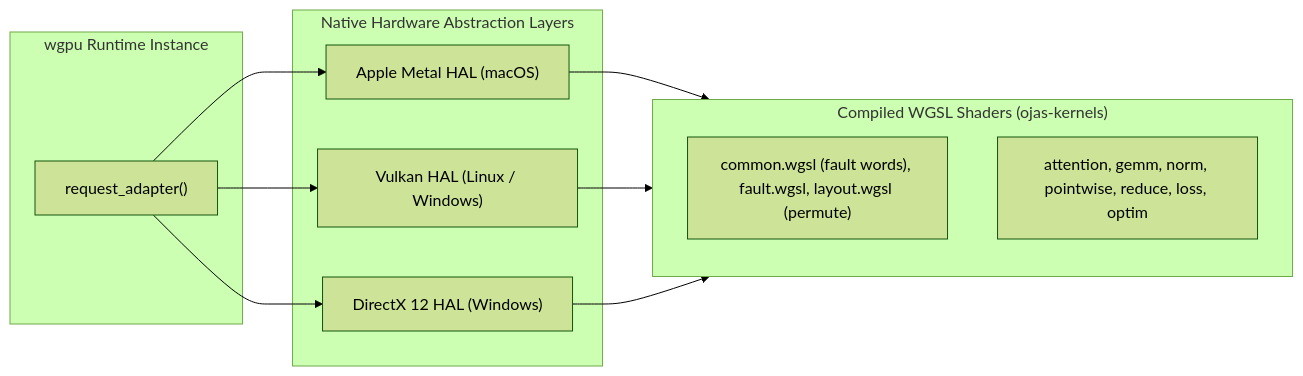
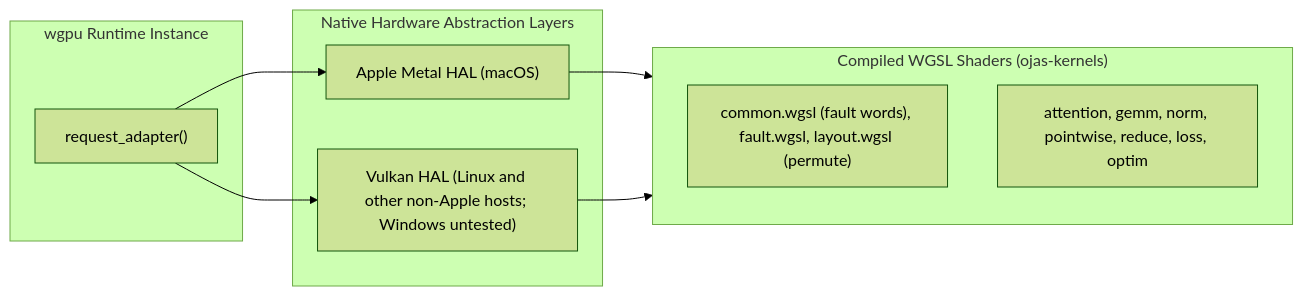
One commit to bharathvbcr/ojas changed the second of 2 diagrams in ojas-wgpu/README.md. Above: the diagram before and after it, drawn with Mermaid (forest theme). The commit also changed other lines of this file and 62 other files, not shown here.

````diff
--- a/ojas-wgpu/README.md
+++ b/ojas-wgpu/README.md
@@ -42,24 +42,21 @@
 ```mermaid
 flowchart LR
     subgraph WgpuInstance["wgpu Runtime Instance"]
         Adapter["request_adapter()"]
     end
 
     subgraph HAL["Native Hardware Abstraction Layers"]
         MetalHAL["Apple Metal HAL (macOS)"]
-        VulkanHAL["Vulkan HAL (Linux / Windows)"]
-        DX12HAL["DirectX 12 HAL (Windows)"]
+        VulkanHAL["Vulkan HAL (Linux and other non-Apple hosts; Windows untested)"]
     end
 
     subgraph Shaders["Compiled WGSL Shaders (ojas-kernels)"]
         Common["common.wgsl (fault words), fault.wgsl, layout.wgsl (permute)"]
         Ops["attention, gemm, norm, pointwise, reduce, loss, optim"]
     end
 
     Adapter --> MetalHAL
     Adapter --> VulkanHAL
-    Adapter --> DX12HAL
     MetalHAL --> Shaders
     VulkanHAL --> Shaders
-    DX12HAL --> Shaders
 ```
````
